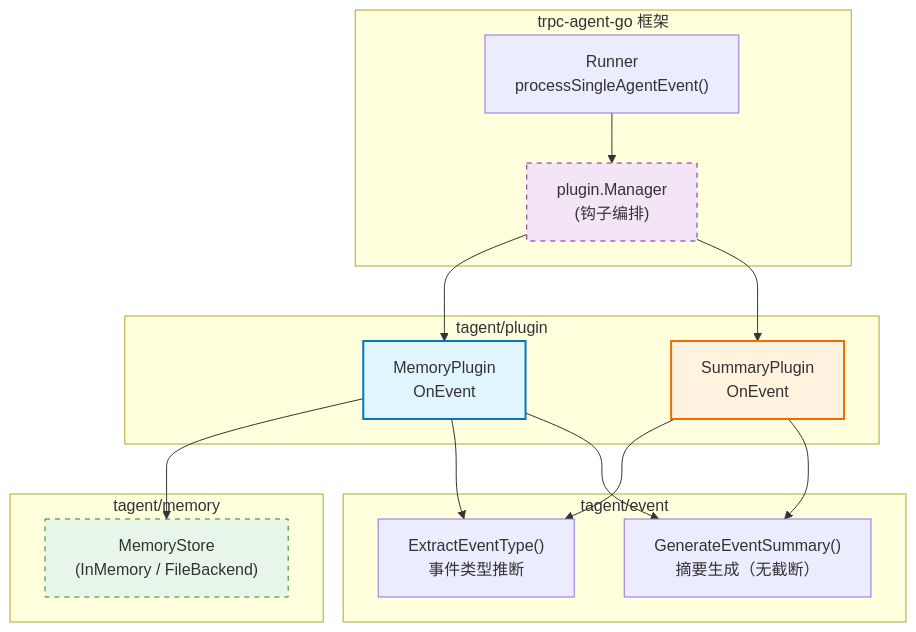
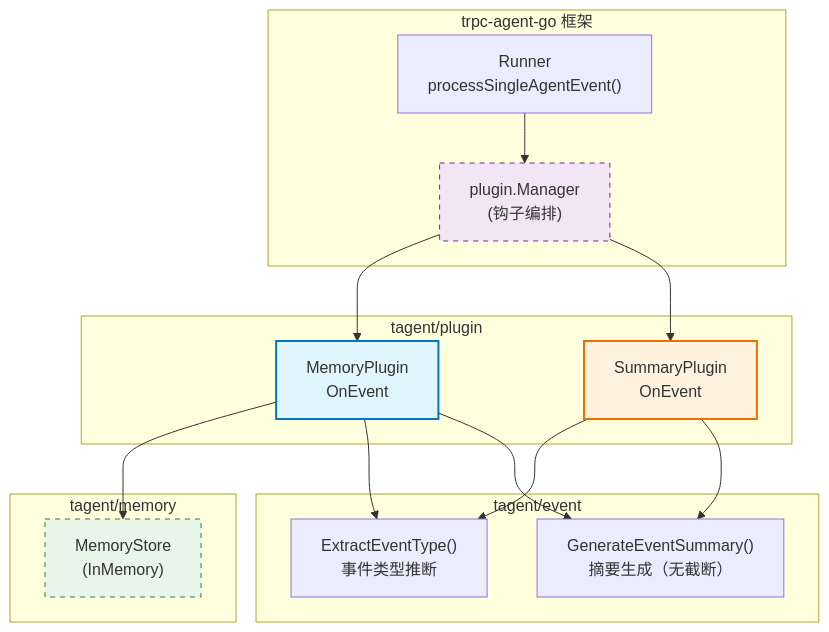
Before and after one commit to SpellingDragon/tagent: the first of 5 diagrams in docs/wiki/plugin/plugin-architecture.md, drawn with Mermaid. The commit also changed other lines of this file and 109 other files, not shown here.

````diff
--- a/docs/wiki/plugin/plugin-architecture.md
+++ b/docs/wiki/plugin/plugin-architecture.md
@@ -28,37 +28,37 @@
 ```mermaid
 graph TB
     subgraph "trpc-agent-go 框架"
         Runner["Runner\nprocessSingleAgentEvent()"]
         PM["plugin.Manager\n(钩子编排)"]
     end
 
     subgraph "tagent/plugin"
         MP["MemoryPlugin\nOnEvent"]
         SP["SummaryPlugin\nOnEvent"]
     end
 
     subgraph "tagent/memory"
-        MS["MemoryStore\n(InMemory / FileBackend)"]
+        MS["MemoryStore\n(InMemory)"]
     end
 
     subgraph "tagent/event"
         ET["ExtractEventType()\n事件类型推断"]
         ES["GenerateEventSummary()\n摘要生成（无截断）"]
     end
 
     Runner --> PM
     PM --> MP
     PM --> SP
 
     MP --> MS
     MP --> ET
     MP --> ES
 
     SP --> ET
     SP --> ES
 
     style MP fill:#e1f5ff,stroke:#0277bd,stroke-width:2px
     style SP fill:#fff3e0,stroke:#ef6c00,stroke-width:2px
     style PM fill:#f3e5f5,stroke:#7b1fa2,stroke-width:1px,stroke-dasharray:5,5
     style MS fill:#e8f5e9,stroke:#2e7d32,stroke-width:1px,stroke-dasharray:5,5
 ```
````
